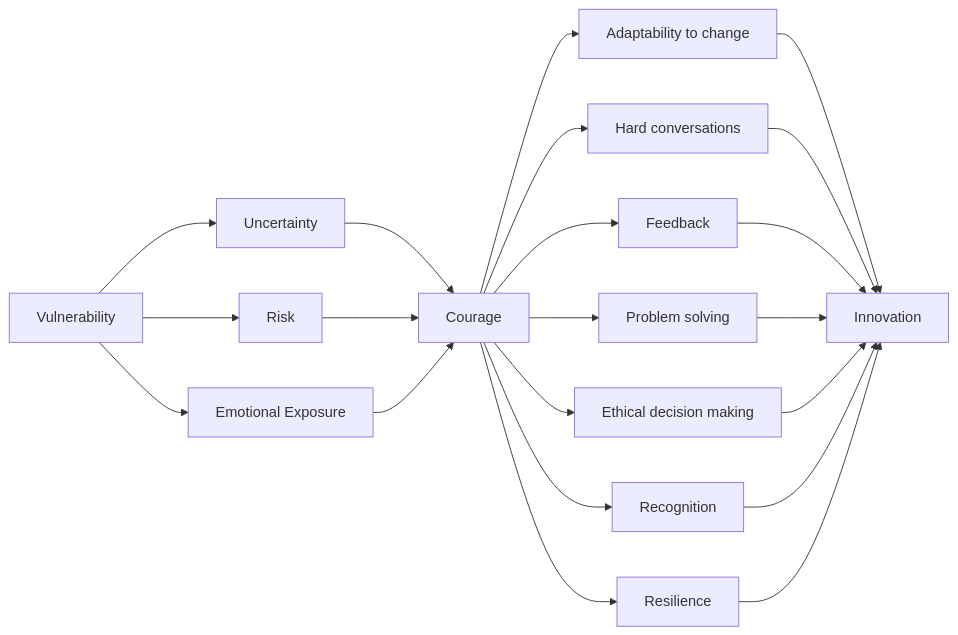
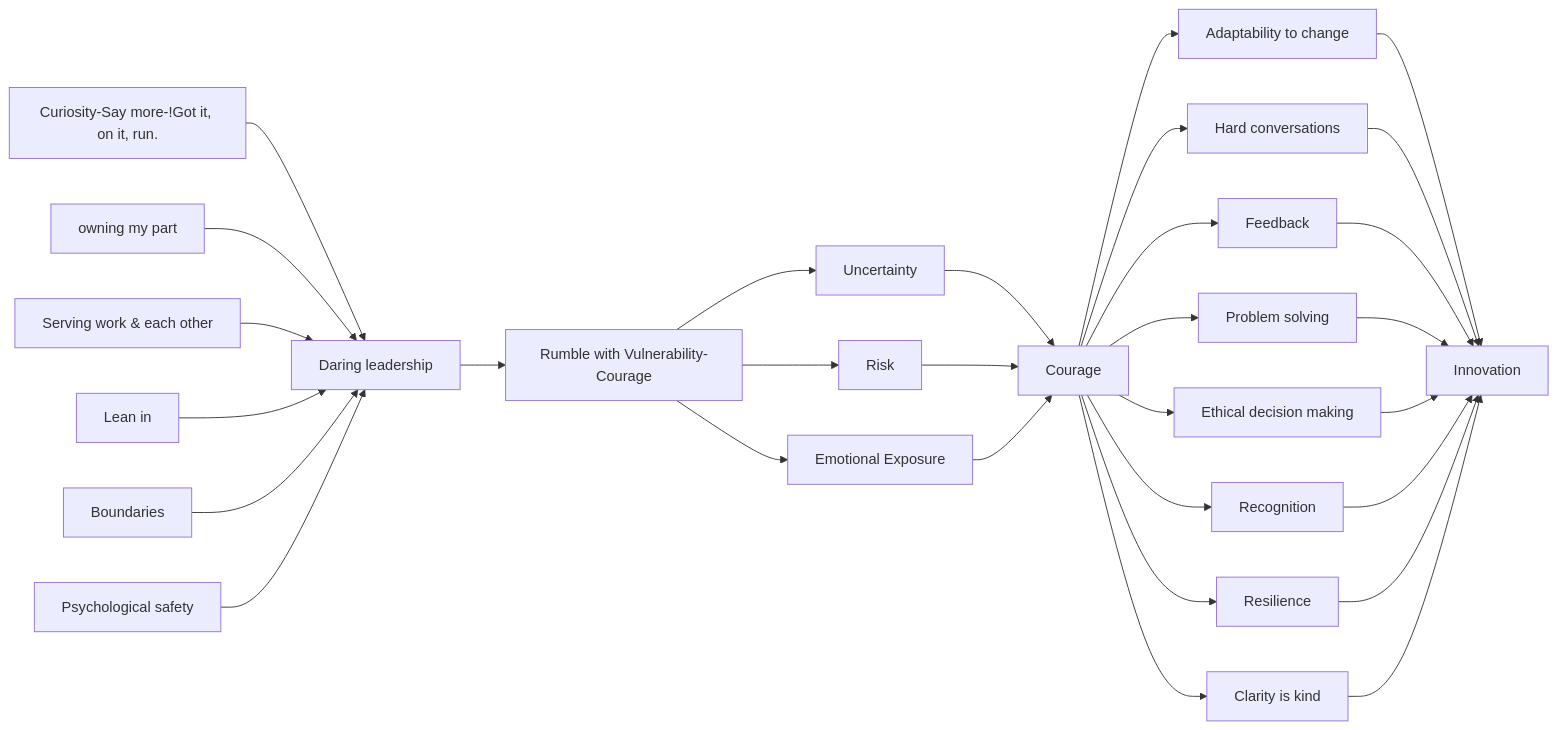
The diagram in _posts/books/psych/daring-2-lead/2024-12-15-vulnerability.md (samratkar/samratkar.github.io), drawn with Mermaid before and after one commit. The commit also changed other lines of this file and 8 other files, not shown here.

````diff
--- a/_posts/books/psych/daring-2-lead/2024-12-15-vulnerability.md
+++ b/_posts/books/psych/daring-2-lead/2024-12-15-vulnerability.md
@@ -53,23 +14,33 @@
 ```mermaid
     graph LR
-    A[Vulnerability] --> B[Uncertainty]
+    O1[Curiosity-Say more-!Got it, on it, run.]-->M[Daring leadership]
+    O2[owning my part]-->M
+    O3[Serving work & each other]-->M
+    O4[Lean in]-->M
+    O5[Boundaries]-->M
+    O6[Psychological safety]-->M
+
+    M --> A[Rumble with Vulnerability-Courage]
+    A[Rumble with Vulnerability-Courage] --> B[Uncertainty]
     A --> C[Risk]
     A --> D[Emotional Exposure]
     B --> E[Courage]
+    E --> N[Clarity is kind]
     C --> E
     D --> E
     E --> F[Adaptability to change]
     E --> G[Hard conversations]
     E --> H[Feedback]
     E --> I[Problem solving]
     E --> J[Ethical decision making]
     E --> K[Recognition]
     E --> L[Resilience]
     F --> Z[Innovation]
     G --> Z
     H --> Z
     I --> Z
     J --> Z
     K --> Z
     L --> Z
+    N --> Z
 ```
````
